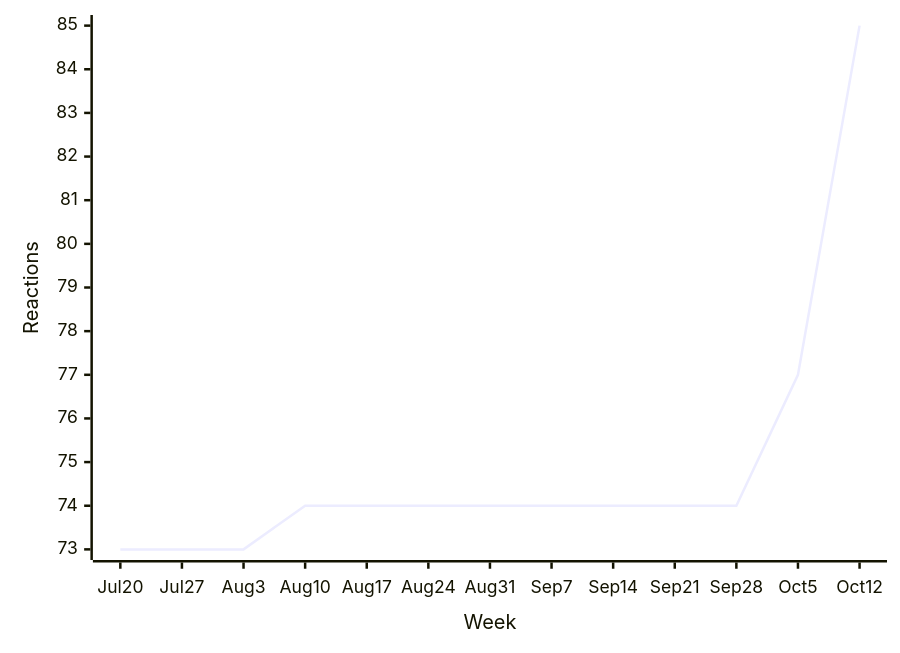
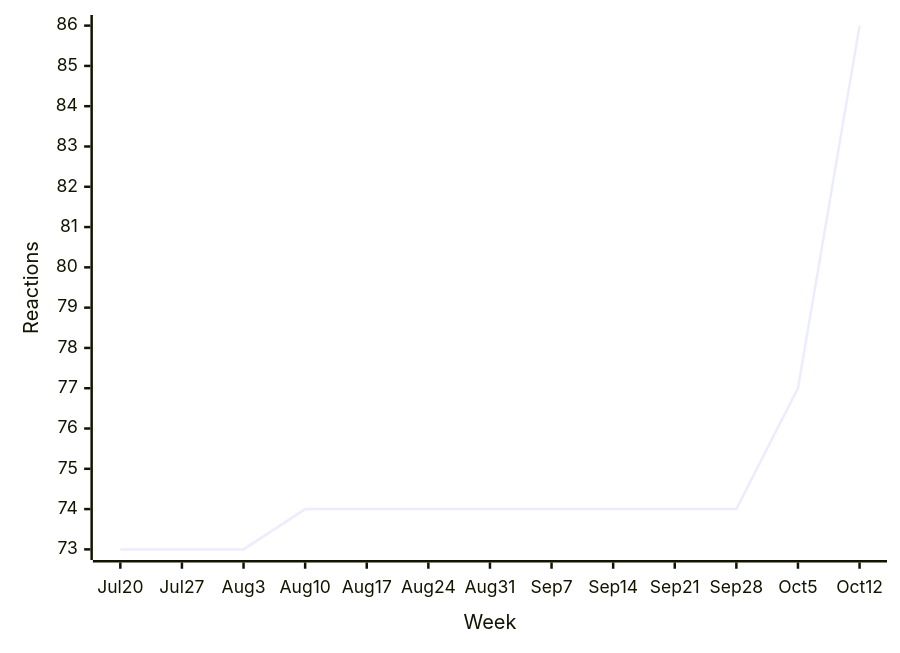
Before and after one commit to loic-sharma/github-insights: diagram 12 of 38 in README.md, drawn with Mermaid. The commit also changed other lines of this file and 3 other files, not shown here.

````diff
--- a/README.md
+++ b/README.md
@@ -511,6 +511,6 @@
   ```mermaid
   xychart-beta
     x-axis "Week" [Jul 20, Jul 27, Aug 3, Aug 10, Aug 17, Aug 24, Aug 31, Sep 7, Sep 14, Sep 21, Sep 28, Oct 5, Oct 12]
     y-axis "Reactions"
-    line [73, 73, 73, 74, 74, 74, 74, 74, 74, 74, 74, 77, 85]
+    line [73, 73, 73, 74, 74, 74, 74, 74, 74, 74, 74, 77, 86]
   ```
````
